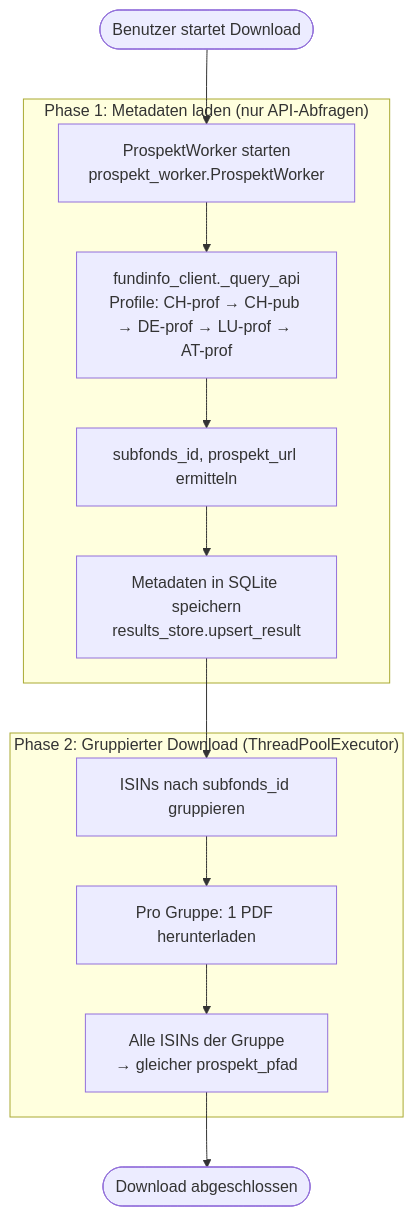
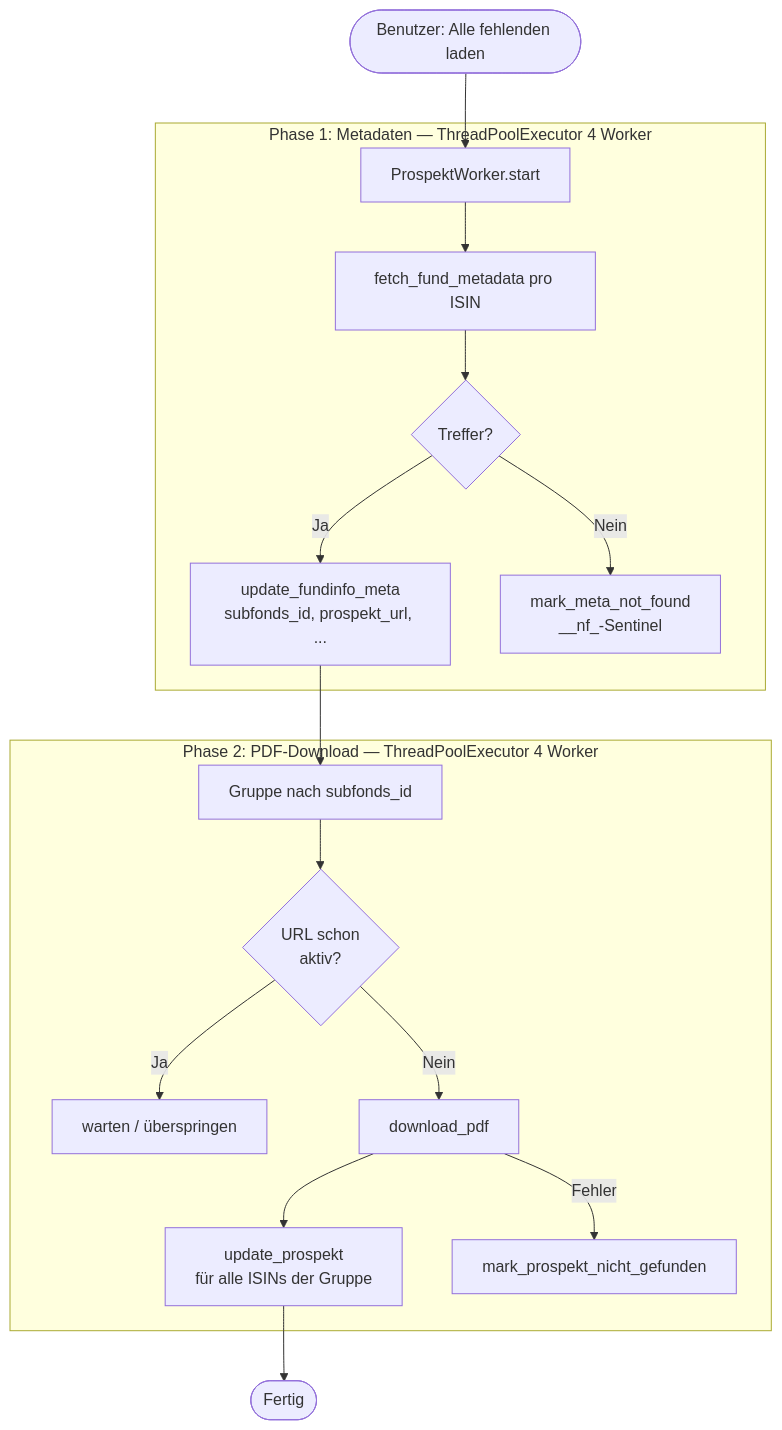
Before and after one commit to Mull-Droid-974/FundsprospectPilot: the first of 2 diagrams in ARCHITECTURE.md, drawn with Mermaid. The commit also changed other lines of this file, not shown here.

````diff
--- a/ARCHITECTURE.md
+++ b/ARCHITECTURE.md
@@ -107,18 +632,22 @@
 ```mermaid
 flowchart TD
-    A([Benutzer startet Download]) --> B[ProspektWorker starten\nprospekt_worker.ProspektWorker]
+    A([Benutzer: Alle fehlenden laden]) --> B[ProspektWorker.start]
 
-    subgraph Phase1["Phase 1: Metadaten laden (nur API-Abfragen)"]
-        B --> C[fundinfo_client._query_api\nProfile: CH-prof → CH-pub → DE-prof → LU-prof → AT-prof]
-        C --> D[subfonds_id, prospekt_url ermitteln]
-        D --> E[Metadaten in SQLite speichern\nresults_store.upsert_result]
+    subgraph P1["Phase 1: Metadaten — ThreadPoolExecutor 4 Worker"]
+        B --> C[fetch_fund_metadata pro ISIN]
+        C --> D{Treffer?}
+        D -- Ja --> E[update_fundinfo_meta\nsubfonds_id, prospekt_url, ...]
+        D -- Nein --> F[mark_meta_not_found\n__nf_-Sentinel]
     end
 
-    subgraph Phase2["Phase 2: Gruppierter Download (ThreadPoolExecutor)"]
-        E --> F[ISINs nach subfonds_id gruppieren]
-        F --> G[Pro Gruppe: 1 PDF herunterladen]
-        G --> H[Alle ISINs der Gruppe\n→ gleicher prospekt_pfad]
+    subgraph P2["Phase 2: PDF-Download — ThreadPoolExecutor 4 Worker"]
+        E --> G[Gruppe nach subfonds_id]
+        G --> H{URL schon\naktiv?}
+        H -- Ja --> I[warten / überspringen]
+        H -- Nein --> J[download_pdf]
+        J --> K[update_prospekt\nfür alle ISINs der Gruppe]
+        J -- Fehler --> L[mark_prospekt_nicht_gefunden]
     end
 
-    H --> I([Download abgeschlossen])
+    K --> M([Fertig])
 ```
````
